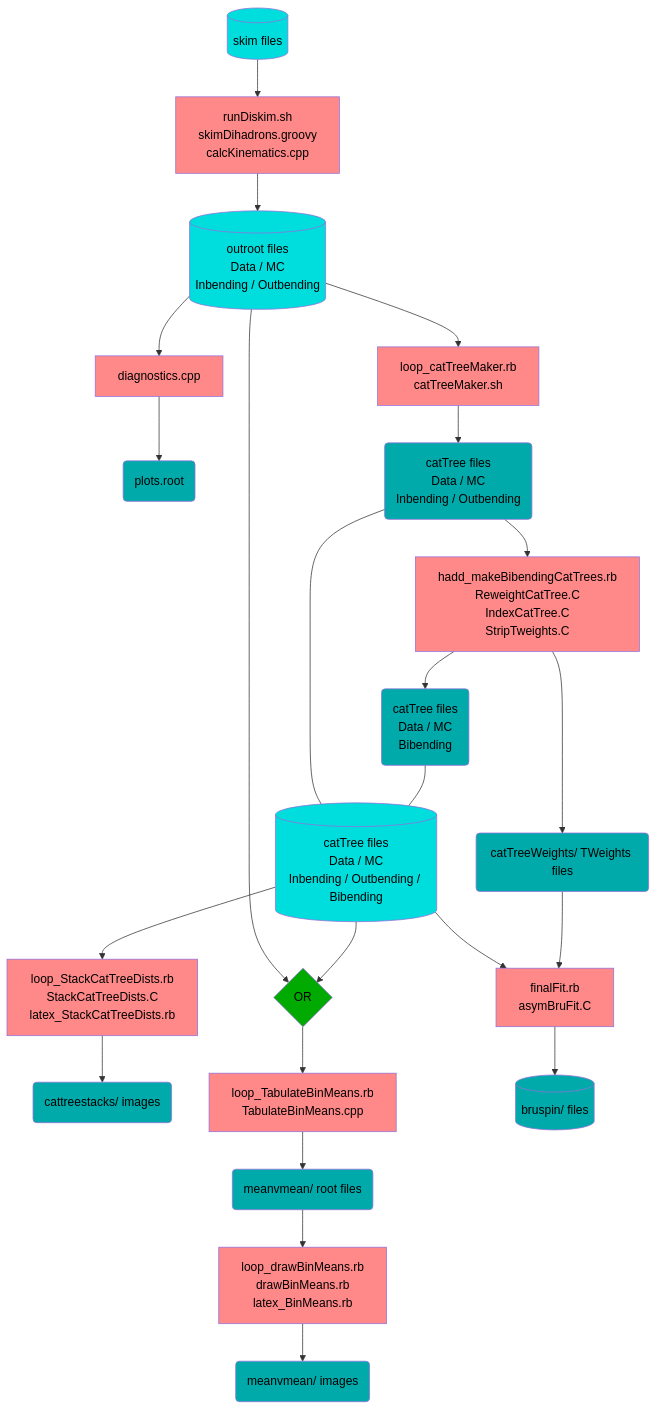
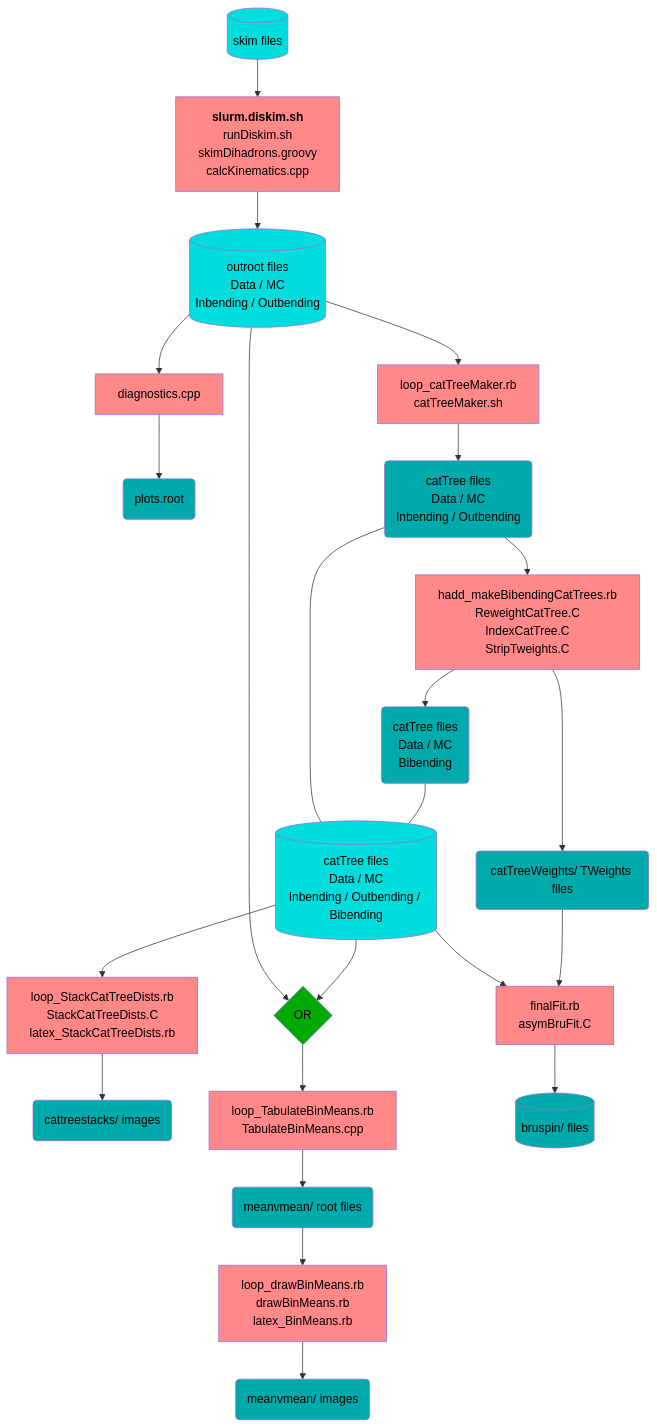
The first of 2 diagrams in README.md (c-dilks/dispin), drawn with Mermaid before and after one commit.

Commit message:
modified:   README.md

````diff
--- a/README.md
+++ b/README.md
@@ -94,48 +94,48 @@
 ```mermaid
 flowchart TB
   classDef alg fill:#ff8888,color:black
   classDef data fill:#00aaaa,color:black
   classDef bigdata fill:#00dddd,color:black
   classDef op fill:#00aa00,color:black
 
   Skims[(skim files)]:::bigdata
-  RunDiskim[runDiskim.sh<br/>skimDihadrons.groovy<br/>calcKinematics.cpp]:::alg
+  RunDiskim[<strong>slurm.diskim.sh</strong><br/>runDiskim.sh<br/>skimDihadrons.groovy<br/>calcKinematics.cpp]:::alg
   Outroots[(outroot files<br/>Data / MC<br/>Inbending / Outbending)]:::bigdata
   Skims --> RunDiskim --> Outroots
 
   Diagnostics[diagnostics.cpp]:::alg
   DiagnosticsPlots(plots.root):::data
   Outroots --> Diagnostics --> DiagnosticsPlots
 
   CatTreeMaker[loop_catTreeMaker.rb<br/>catTreeMaker.sh]:::alg
   CatTreesIBOB(catTree files<br/>Data / MC<br/>Inbending / Outbending):::data
   HaddBibending[hadd_makeBibendingCatTrees.rb<br/>ReweightCatTree.C<br/>IndexCatTree.C<br/>StripTweights.C]:::alg
   CatTreesBB(catTree files<br/>Data / MC<br/>Bibending):::data
   CatTreeWeights(catTreeWeights/ TWeights files):::data
   CatTrees[(catTree files<br/>Data / MC<br/>Inbending / Outbending / Bibending)]:::bigdata
   Outroots --> CatTreeMaker
   CatTreeMaker --> CatTreesIBOB --> HaddBibending
   HaddBibending --> CatTreeWeights
   HaddBibending --> CatTreesBB
   CatTreesIBOB --- CatTrees
   CatTreesBB --- CatTrees
 
   StackCatTreeDists[loop_StackCatTreeDists.rb<br/>StackCatTreeDists.C<br/>latex_StackCatTreeDists.rb]:::alg
   CatTreeStacks(cattreestacks/ images):::data
   CatTrees --> StackCatTreeDists --> CatTreeStacks
 
   MeanVsMean[loop_TabulateBinMeans.rb<br/>TabulateBinMeans.cpp]:::alg
   MeanVsMeanRoot(meanvmean/ root files):::data
   MeanVsMeanDraw[loop_drawBinMeans.rb<br/>drawBinMeans.rb<br/>latex_BinMeans.rb]:::alg
   MeanVsMeanImages(meanvmean/ images):::data
   MeanVsMeanInputOR{OR}:::op
   Outroots --> MeanVsMeanInputOR
   CatTrees --> MeanVsMeanInputOR
   MeanVsMeanInputOR --> MeanVsMean --> MeanVsMeanRoot --> MeanVsMeanDraw --> MeanVsMeanImages
 
   FinalFit[finalFit.rb<br/>asymBruFit.C]:::alg
   BruSpin[(bruspin/ files)]:::data
   CatTrees --> FinalFit --> BruSpin
   CatTreeWeights --> FinalFit
 
 ```
````
